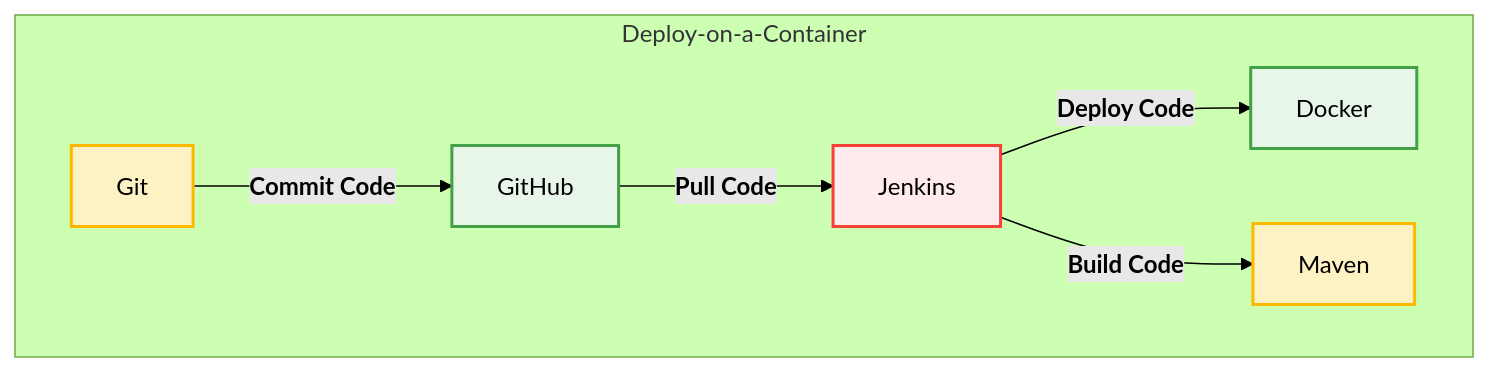
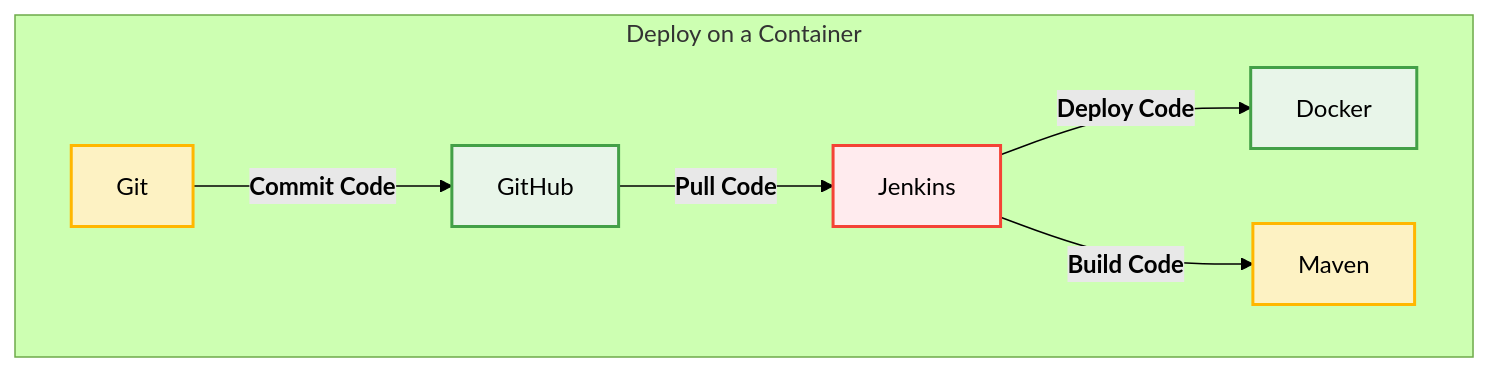
Before and after one commit to HussamQreie/DevOps-Project-1: the second of 4 diagrams in README.md, drawn with Mermaid (forest theme). The commit also changed other lines of this file, not shown here.

````diff
--- a/README.md
+++ b/README.md
@@ -39,28 +40,28 @@
 ```mermaid
 flowchart TB
     %% Deploy on a Container 
-    subgraph  Deploy-on-a-Container
+    subgraph  Deploy["Deploy on a Container"]
         Git --> |"<b>Commit Code</b>"| GitHub
         GitHub --> |"<b>Pull Code</b>"| Jenkins
         Jenkins --> |"<b>Deploy Code</b>"| Docker
         Jenkins --> |"<b>Build Code</b>"| Maven
 
     end
 
     %% Define Styles
     classDef subnetLabel fill:#e6f7ff,stroke:#004080,stroke-width:2px,color:#004080;  %% Light Blue with Dark Stroke
     classDef instance fill:#fdf2c3,stroke:#ffb700,stroke-width:2px,color:#000;       %% Light Yellow with Orange Stroke
     classDef gateway fill:#e8f5e9,stroke:#43a047,stroke-width:2px,color:#2e7d32;    %% Light Green with Dark Green Stroke
     classDef internet fill:#ffebee,stroke:#f44336,stroke-width:2px,color:#d32f2f;   %% Light Red with Dark Red Stroke
     classDef tealTheme fill:#e0f2f1,stroke:#00695c,stroke-width:2px,color:#004d40;  %% Light Teal with Dark Teal Stroke
     classDef purpleTheme fill:#f3e5f5,stroke:#7b1fa2,stroke-width:2px,color:#6a1b9a;  %% Light Purple with Dark Purple Stroke    
     %% Apply Styles
     
     Git:::instance
     GitHub:::gateway
     Jenkins:::internet
     Docker:::gateway
     Maven:::instance
 
 
 ```
````
